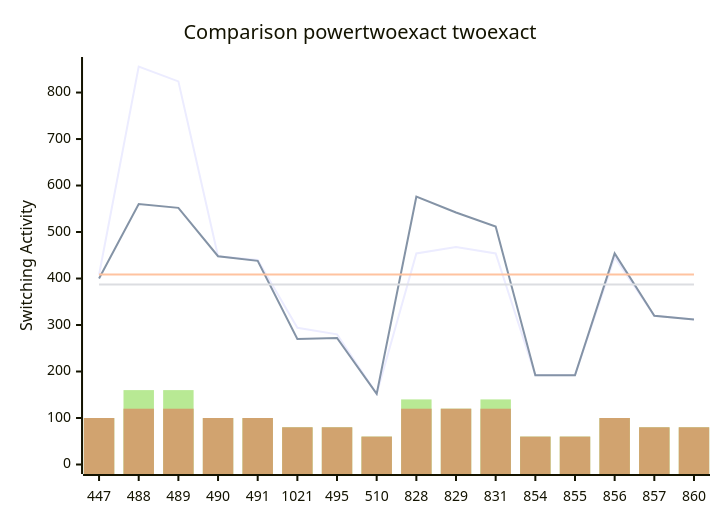
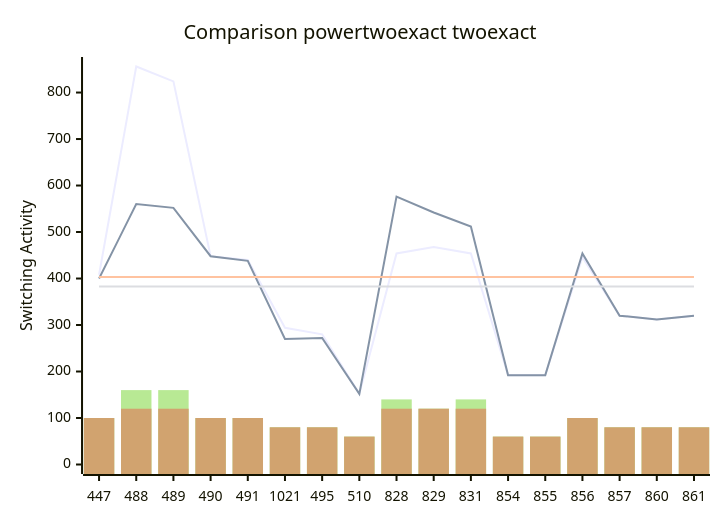
The diagram in benchmark_opt2.md (FeldmeierMichael/Exact-Power-Synthesis), drawn with Mermaid before and after one commit. The commit also changed other lines of this file, not shown here.

````diff
--- a/benchmark_opt2.md
+++ b/benchmark_opt2.md
@@ -33,12 +35,12 @@
 ```mermaid
 xychart-beta
     title "Comparison powertwoexact twoexact"
-    x-axis [447, 488, 489, 490, 491, 1021, 495, 510, 828, 829, 831, 854, 855, 856, 857, 860]
+    x-axis [447, 488, 489, 490, 491, 1021, 495, 510, 828, 829, 831, 854, 855, 856, 857, 860, 861]
     y-axis "Switching Activity" 0-->856
-    line [408, 856, 824, 448, 440, 294, 280, 152, 454, 468, 454, 192, 192, 446, 320, 312]
-    line [400, 560, 552, 448, 438, 270, 272, 152, 576, 542, 512, 192, 192, 454, 320, 312]
-    line [408.75, 408.75, 408.75, 408.75, 408.75, 408.75, 408.75, 408.75, 408.75, 408.75, 408.75, 408.75, 408.75, 408.75, 408.75, 408.75]
-    line [387.0, 387.0, 387.0, 387.0, 387.0, 387.0, 387.0, 387.0, 387.0, 387.0, 387.0, 387.0, 387.0, 387.0, 387.0, 387.0]
-    bar [100, 160, 160, 100, 100, 80, 80, 60, 140, 120, 140, 60, 60, 100, 80, 80]
-    bar [100, 120, 120, 100, 100, 80, 80, 60, 120, 120, 120, 60, 60, 100, 80, 80]
+    line [408, 856, 824, 448, 440, 294, 280, 152, 454, 468, 454, 192, 192, 446, 320, 312, 320]
+    line [400, 560, 552, 448, 438, 270, 272, 152, 576, 542, 512, 192, 192, 454, 320, 312, 320]
+    line [403.52941176470586, 403.52941176470586, 403.52941176470586, 403.52941176470586, 403.52941176470586, 403.52941176470586, 403.52941176470586, 403.52941176470586, 403.52941176470586, 403.52941176470586, 403.52941176470586, 403.52941176470586, 403.52941176470586, 403.52941176470586, 403.52941176470586, 403.52941176470586, 403.52941176470586]
+    line [383.05882352941177, 383.05882352941177, 383.05882352941177, 383.05882352941177, 383.05882352941177, 383.05882352941177, 383.05882352941177, 383.05882352941177, 383.05882352941177, 383.05882352941177, 383.05882352941177, 383.05882352941177, 383.05882352941177, 383.05882352941177, 383.05882352941177, 383.05882352941177, 383.05882352941177]
+    bar [100, 160, 160, 100, 100, 80, 80, 60, 140, 120, 140, 60, 60, 100, 80, 80, 80]
+    bar [100, 120, 120, 100, 100, 80, 80, 60, 120, 120, 120, 60, 60, 100, 80, 80, 80]
 ```
````
